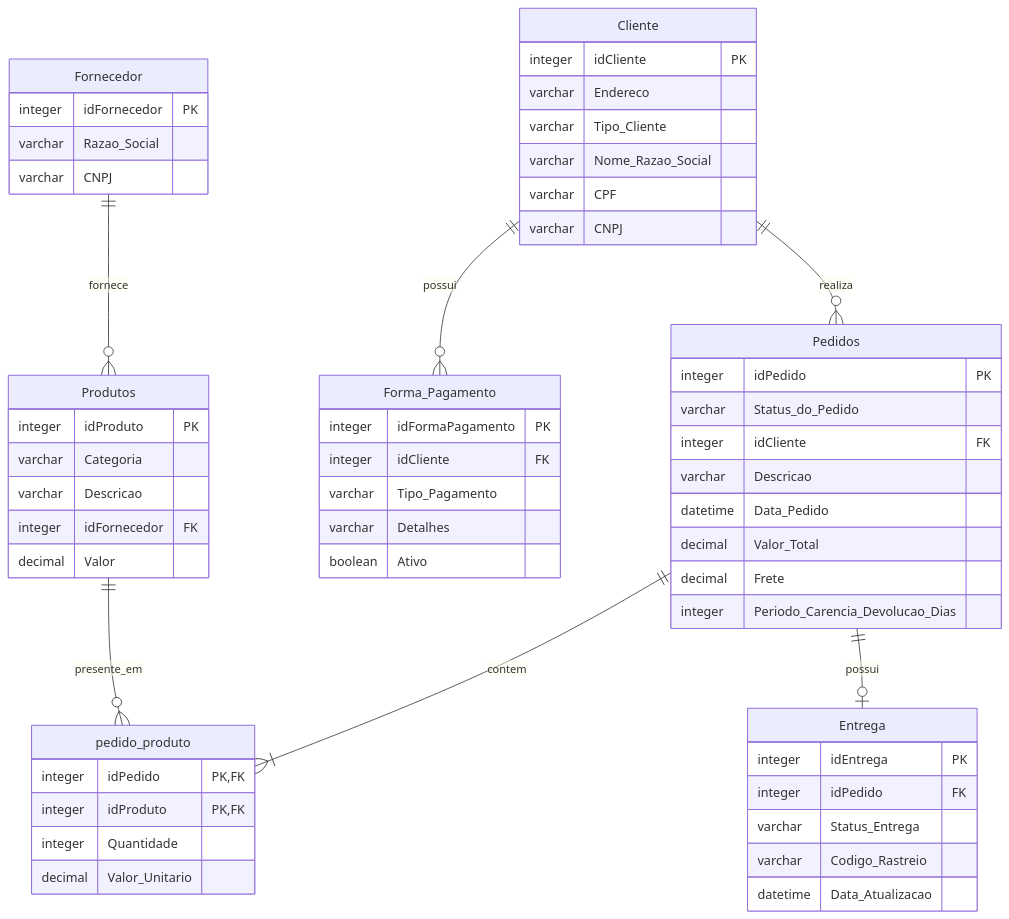
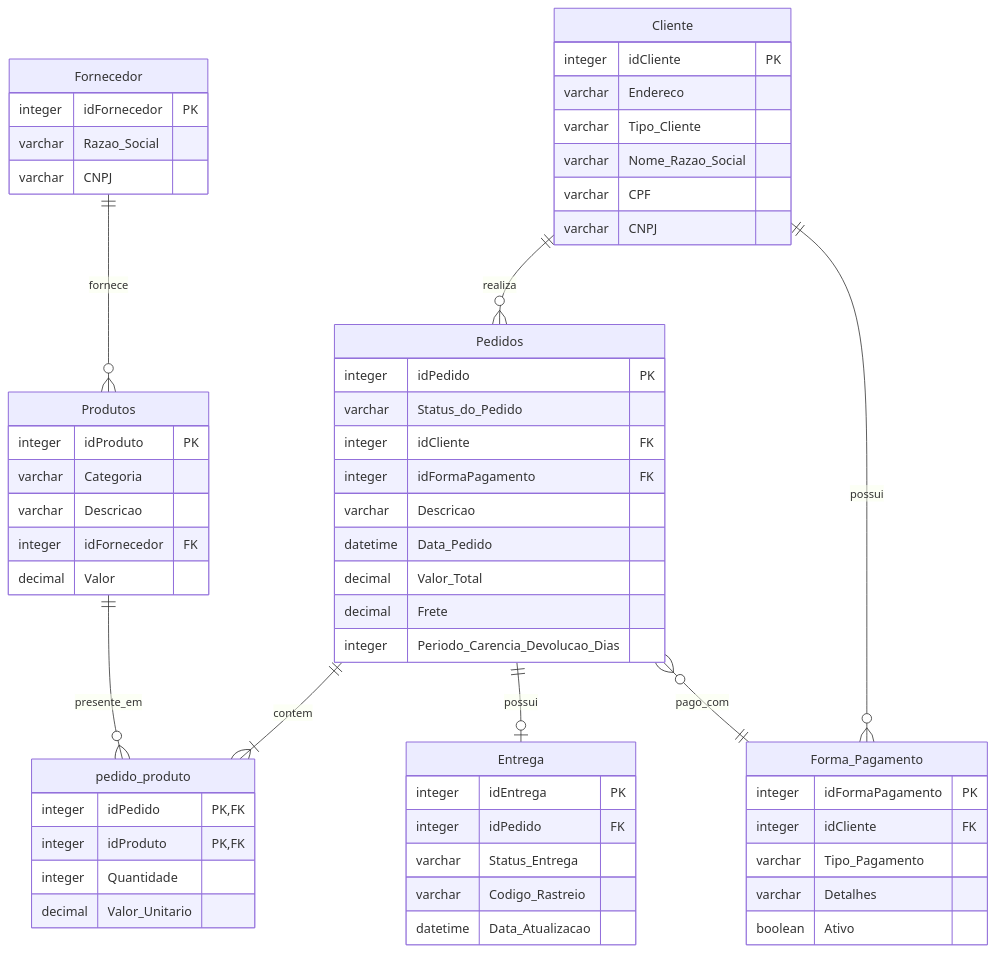
One commit to juliasouz/ecommerce-pipeline changed the diagram in docs/er-modelo.md. Above: the diagram before and after it, drawn with Mermaid. The commit also changed 9 other files, not shown here.

Commit message:
feat: otimiza arquitetura DDL, adiciona diagrama visual e mapeia fks de pagamento

````diff
--- a/docs/er-modelo.md
+++ b/docs/er-modelo.md
@@ -5,68 +5,70 @@
 ```mermaid
 erDiagram
     Cliente ||--o{ Pedidos : "realiza"
     Cliente ||--o{ Forma_Pagamento : "possui"
     
     Pedidos ||--|{ pedido_produto : "contem"
     Produtos ||--o{ pedido_produto : "presente_em"
     
     Fornecedor ||--o{ Produtos : "fornece"
     Pedidos ||--o| Entrega : "possui"
+    Pedidos }o--|| Forma_Pagamento : "pago_com"
 
     Cliente {
         integer idCliente PK
         varchar Endereco
         varchar Tipo_Cliente
         varchar Nome_Razao_Social
         varchar CPF
         varchar CNPJ
     }
 
     Pedidos {
         integer idPedido PK
         varchar Status_do_Pedido
         integer idCliente FK
+        integer idFormaPagamento FK
         varchar Descricao
         datetime Data_Pedido
         decimal Valor_Total
         decimal Frete
         integer Periodo_Carencia_Devolucao_Dias
     }
 
     Produtos {
         integer idProduto PK
         varchar Categoria
         varchar Descricao
         integer idFornecedor FK
         decimal Valor
     }
 
     Fornecedor {
         integer idFornecedor PK
         varchar Razao_Social
         varchar CNPJ
     }
 
     pedido_produto {
         integer idPedido PK, FK
         integer idProduto PK, FK
         integer Quantidade
         decimal Valor_Unitario
     }
 
     Forma_Pagamento {
         integer idFormaPagamento PK
         integer idCliente FK
         varchar Tipo_Pagamento
         varchar Detalhes
         boolean Ativo
     }
 
     Entrega {
         integer idEntrega PK
         integer idPedido FK
         varchar Status_Entrega
         varchar Codigo_Rastreio
         datetime Data_Atualizacao
     }
 ```
````
